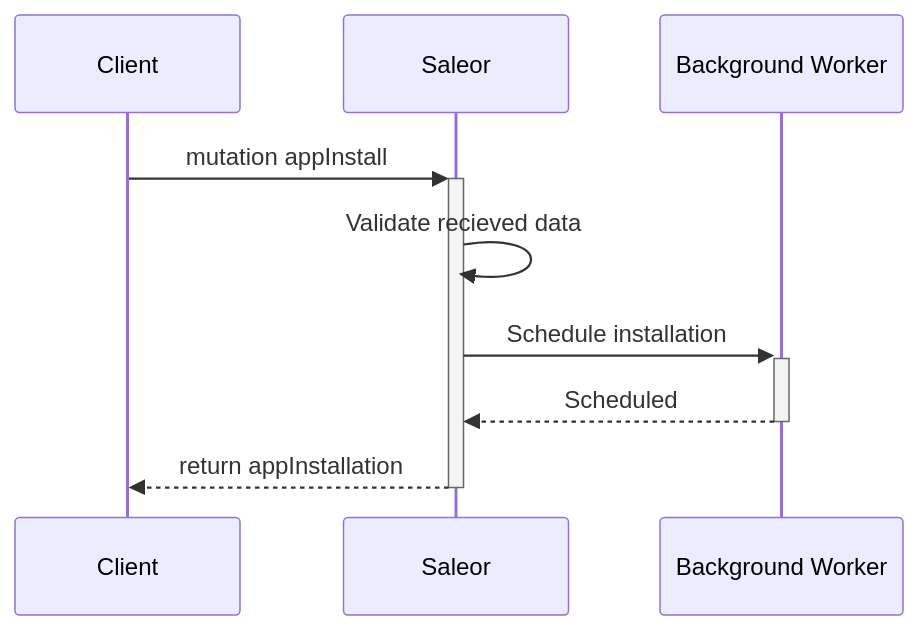
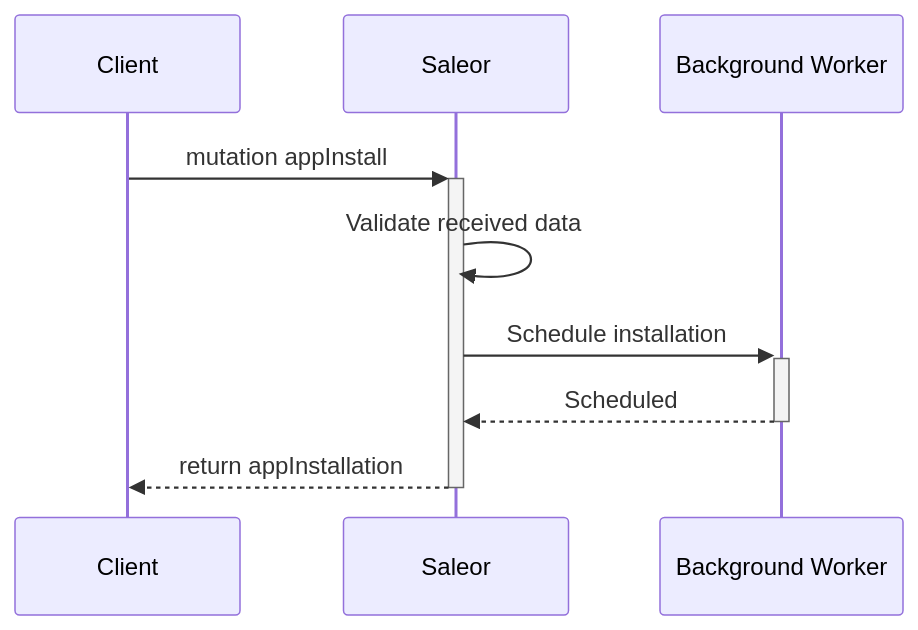
One commit to saleor/saleor-docs changed the second of 2 diagrams in docs/style-guide.mdx. Above: the diagram before and after it, drawn with Mermaid.

Commit message:
fix typo in style-guide

````diff
--- a/docs/style-guide.mdx
+++ b/docs/style-guide.mdx
@@ -169,8 +169,8 @@
 ```mermaid
 sequenceDiagram
   Client ->>+ Saleor: mutation appInstall
-  Saleor ->> Saleor: Validate recieved data
+  Saleor ->> Saleor: Validate received data
   Saleor ->>+ Background Worker: Schedule installation
   Background Worker -->>- Saleor: Scheduled
   Saleor -->>- Client: return appInstallation
 ```
````
